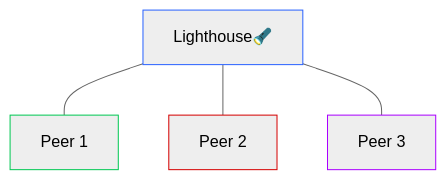
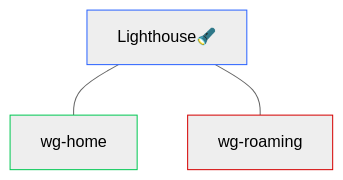
One commit to The-Taggart-Institute/wireguard-3-ways changed the first of 2 diagrams in recipe-1/README.md. Above: the diagram before and after it, drawn with Mermaid (neutral theme). The commit also changed other lines of this file, not shown here.

````diff
--- a/recipe-1/README.md
+++ b/recipe-1/README.md
@@ -7,10 +7,8 @@
 ```mermaid
 flowchart TD
-    Lighthouse["Lighthouse🔦"] --- Peer["Peer 1"] & n2["Peer 2"] & n1["Peer 3"]
+    Lighthouse["Lighthouse🔦"] --- Peer["wg-home"] & n2["wg-roaming"]
 
-    n1@{ shape: rect}
     style Lighthouse stroke:#2962FF
     style Peer stroke:#00C853
     style n2 stroke:#D50000
-    style n1 stroke:#AA00FF
 ```
````
